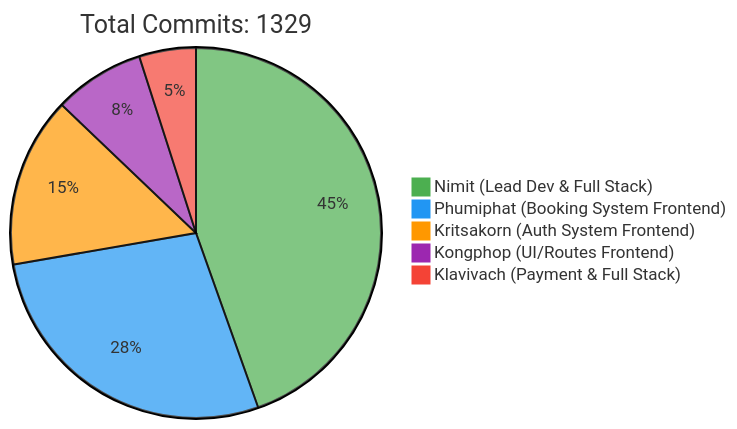
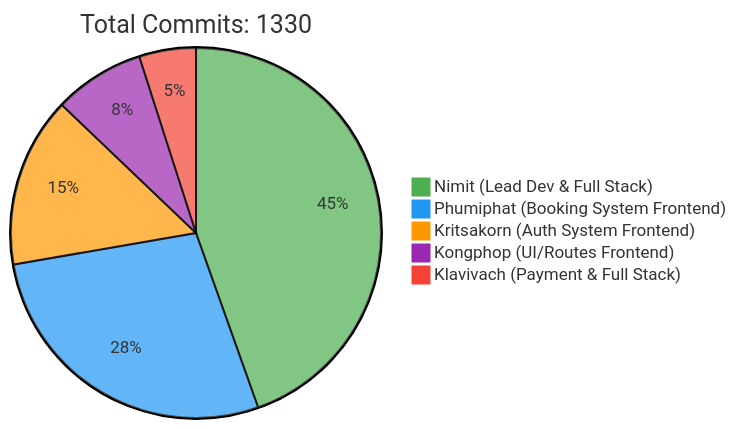
The first of 2 diagrams in README.md (6531503042/Sport-Complex), drawn with Mermaid before and after one commit. The commit also changed other lines of this file, not shown here.

Commit message:
docs: Update contributor statistics [skip ci]

````diff
--- a/README.md
+++ b/README.md
@@ -257,10 +257,10 @@
 ```mermaid
 %%{init: {'theme': 'base', 'themeVariables': { 'pie1': '#4CAF50', 'pie2': '#2196F3', 'pie3': '#FF9800', 'pie4': '#9C27B0', 'pie5': '#F44336'}}}%%
 pie
-    title Total Commits: 1329
+    title Total Commits: 1330
     "Nimit (Lead Dev & Full Stack)" : 450
     "Phumiphat (Booking System Frontend)" : 280
     "Kritsakorn (Auth System Frontend)" : 150
     "Kongphop (UI/Routes Frontend)" : 80
     "Klavivach (Payment & Full Stack)" : 50
 ```
````
